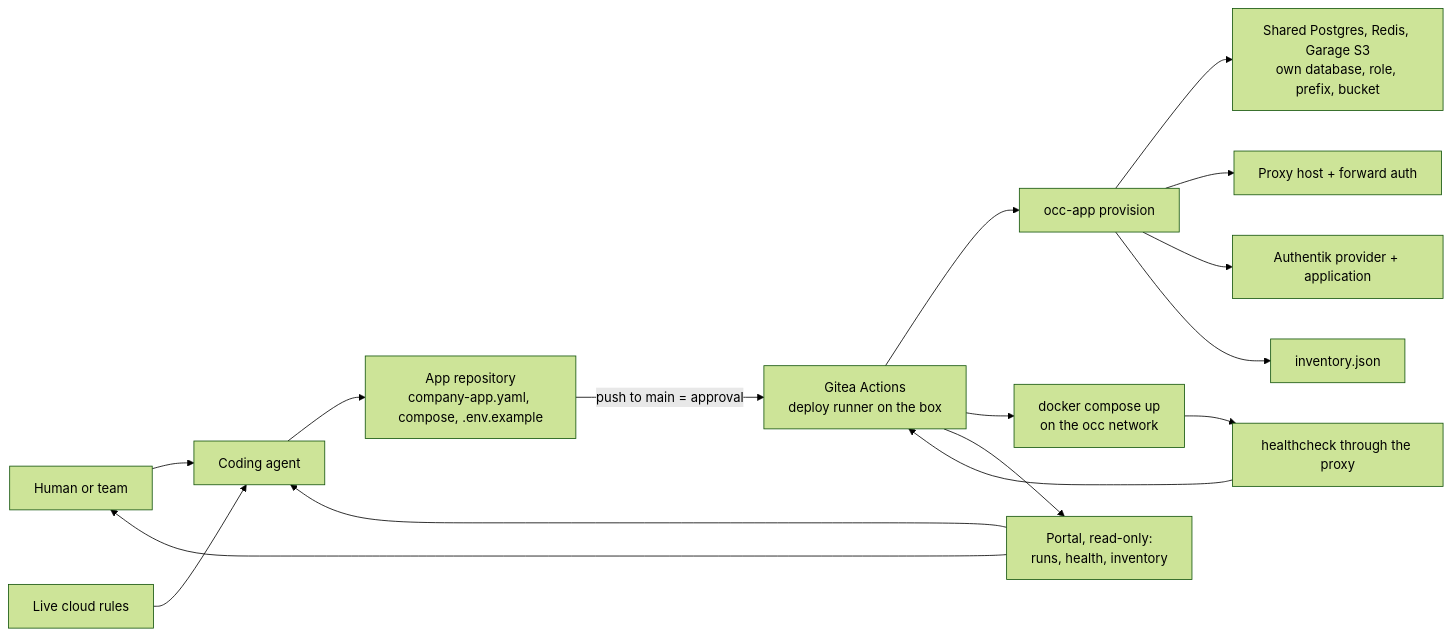
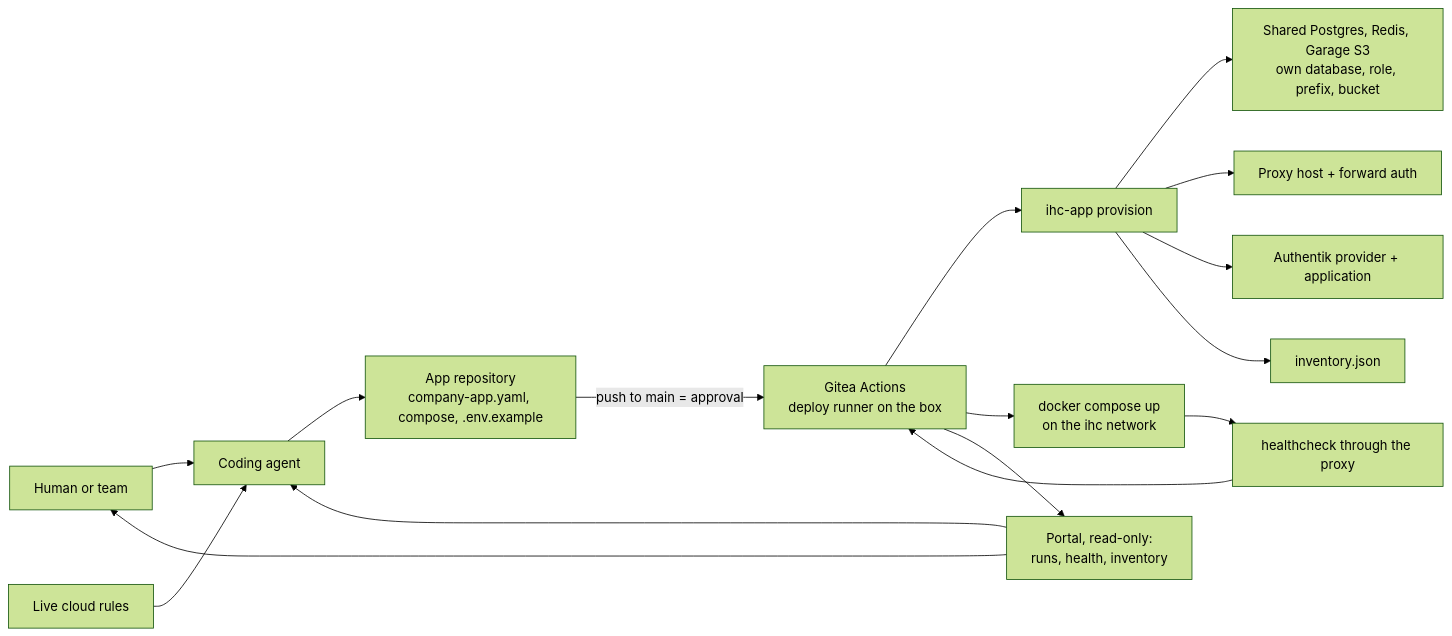
One commit to Estoca/inhousecloud changed the second of 2 diagrams in README.md. Above: the diagram before and after it, drawn with Mermaid (forest theme). The commit also changed other lines of this file and 65 other files, not shown here.

````diff
--- a/README.md
+++ b/README.md
@@ -157,20 +159,20 @@
 ```mermaid
 flowchart LR
   Human[Human or team] --> Agent[Coding agent]
   Agent --> AppRepo[App repository<br/>company-app.yaml, compose, .env.example]
   Rules[Live cloud rules] --> Agent
 
   AppRepo -->|push to main = approval| Actions[Gitea Actions<br/>deploy runner on the box]
-  Actions --> Provision[occ-app provision]
+  Actions --> Provision[ihc-app provision]
   Provision --> Services[Shared Postgres, Redis, Garage S3<br/>own database, role, prefix, bucket]
   Provision --> Proxy[Proxy host + forward auth]
   Provision --> Auth[Authentik provider + application]
   Provision --> Inventory[inventory.json]
-  Actions --> Docker[docker compose up<br/>on the occ network]
+  Actions --> Docker[docker compose up<br/>on the ihc network]
   Docker --> Health[healthcheck through the proxy]
   Health --> Actions
 
   Actions --> Portal[Portal, read-only:<br/>runs, health, inventory]
   Portal --> Human
   Portal --> Agent
 ```
````
